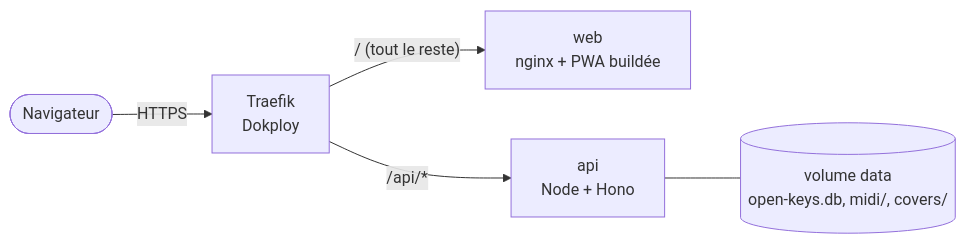
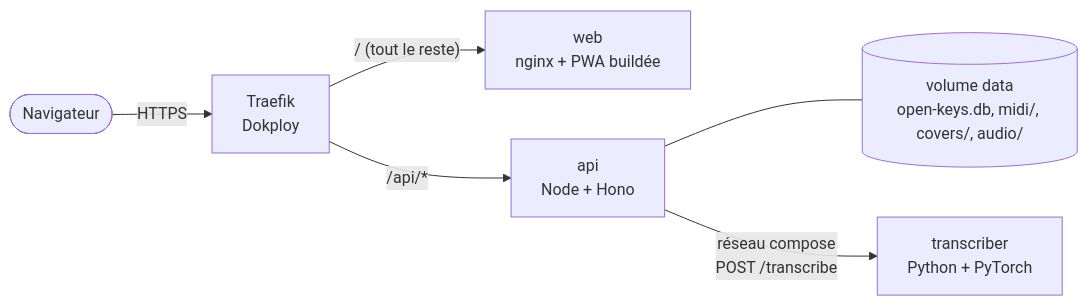
The diagram in docs/03-architecture/07-deploiement.md (Pierre-gaillard-dev/open-keys), drawn with Mermaid before and after one commit. The commit also changed other lines of this file and 19 other files, not shown here.

````diff
--- a/docs/03-architecture/07-deploiement.md
+++ b/docs/03-architecture/07-deploiement.md
@@ -9,7 +9,8 @@
 ```mermaid
 flowchart LR
   U([Navigateur]) -->|HTTPS| T[Traefik<br/>Dokploy]
   T -->|"/ (tout le reste)"| W[web<br/>nginx + PWA buildée]
   T -->|/api/*| A[api<br/>Node + Hono]
-  A --- V[(volume data<br/>open-keys.db, midi/, covers/)]
+  A --- V[(volume data<br/>open-keys.db, midi/, covers/, audio/)]
+  A -->|"réseau compose<br/>POST /transcribe"| X[transcriber<br/>Python + PyTorch]
 ```
````
